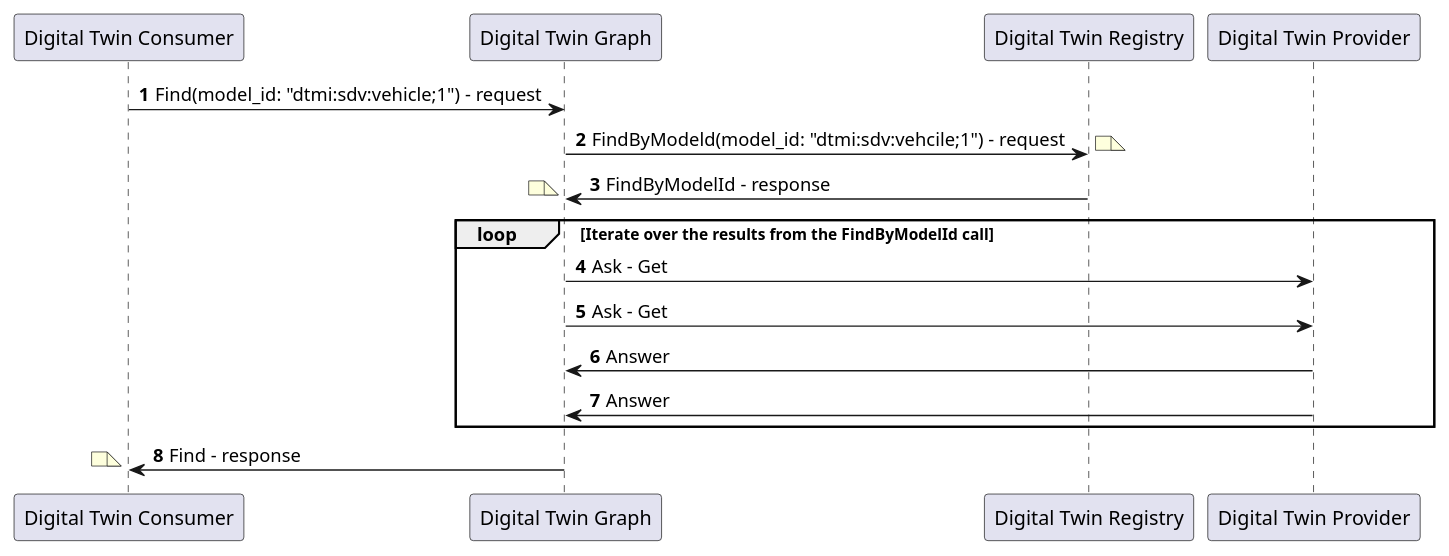
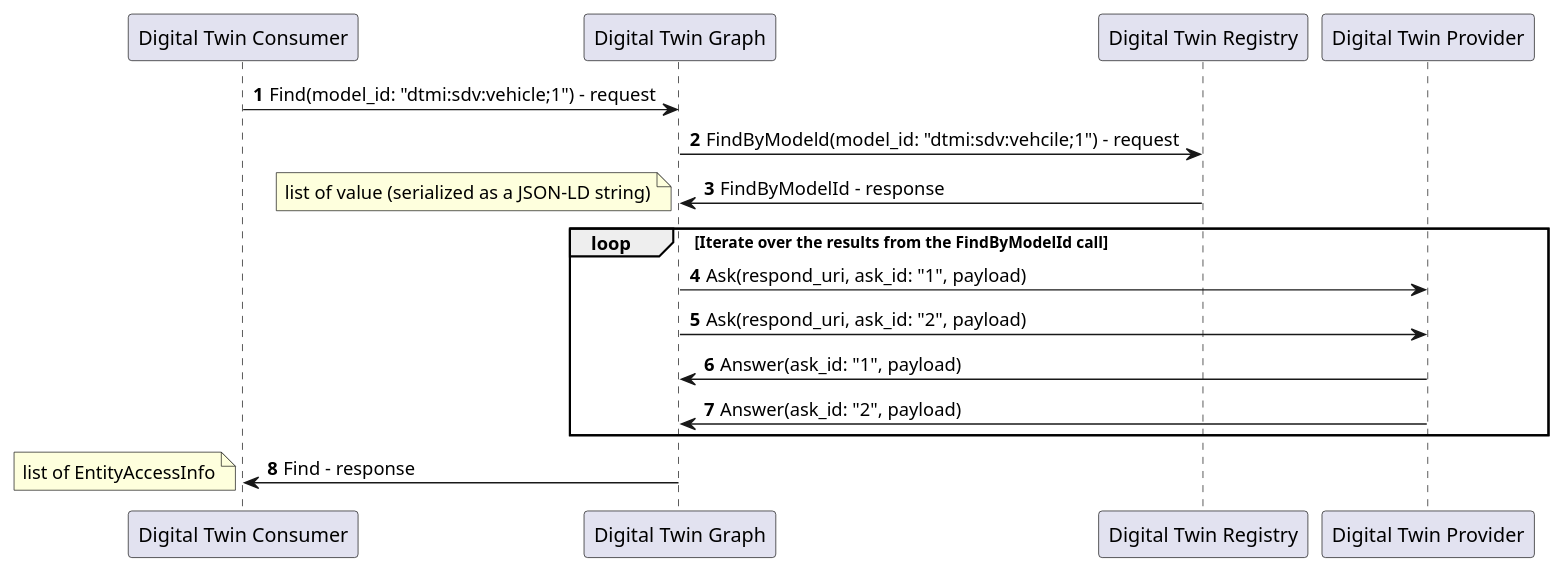
The diagram in docs/design/modules/digital_twin_graph/diagrams/find_sequence.puml (eclipse-ibeji/ibeji), drawn with PlantUML before and after one commit. The commit also changed 9 other files, not shown here.

Commit message:
Digital Twin Graph

```diff
--- a/docs/design/modules/digital_twin_graph/diagrams/find_sequence.puml
+++ b/docs/design/modules/digital_twin_graph/diagrams/find_sequence.puml
@@ -1,30 +1,31 @@
 @startuml
 
 autonumber
 
 participant "Digital Twin Consumer" as CONSUMER
 participant "Digital Twin Graph" as DIGITAL_TWIN_GRAPH
 participant "Digital Twin Registry" as DIGITAL_TWIN_REGISTRY
 participant "Digital Twin Provider" as PROVIDER
 
 CONSUMER -> DIGITAL_TWIN_GRAPH: Find(model_id: "dtmi:sdv:vehicle;1") - request
 
 DIGITAL_TWIN_GRAPH -> DIGITAL_TWIN_REGISTRY: FindByModeld(model_id: "dtmi:sdv:vehcile;1") - request
-note right
-end note
+
 DIGITAL_TWIN_GRAPH <- DIGITAL_TWIN_REGISTRY: FindByModelId - response
 note left
+  list of value (serialized as a JSON-LD string)
 end note
 
 loop Iterate over the results from the FindByModelId call
-DIGITAL_TWIN_GRAPH -> PROVIDER: Ask - Get
-DIGITAL_TWIN_GRAPH -> PROVIDER: Ask - Get
-DIGITAL_TWIN_GRAPH <- PROVIDER: Answer
-DIGITAL_TWIN_GRAPH <- PROVIDER: Answer
+DIGITAL_TWIN_GRAPH -> PROVIDER: Ask(respond_uri, ask_id: "1", payload)
+DIGITAL_TWIN_GRAPH -> PROVIDER: Ask(respond_uri, ask_id: "2", payload)
+DIGITAL_TWIN_GRAPH <- PROVIDER: Answer(ask_id: "1", payload)
+DIGITAL_TWIN_GRAPH <- PROVIDER: Answer(ask_id: "2", payload)
 end
 
 CONSUMER <- DIGITAL_TWIN_GRAPH: Find - response
 note left
+  list of EntityAccessInfo
 end note
 
 @enduml
```
